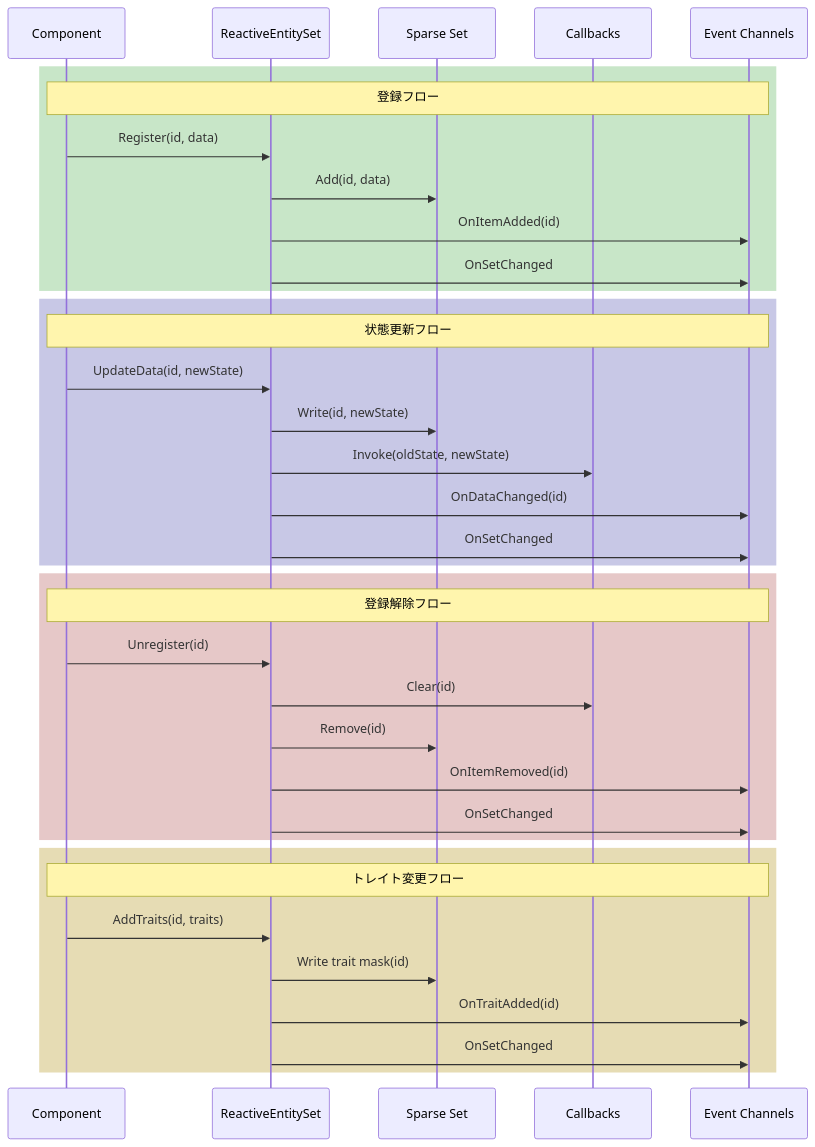
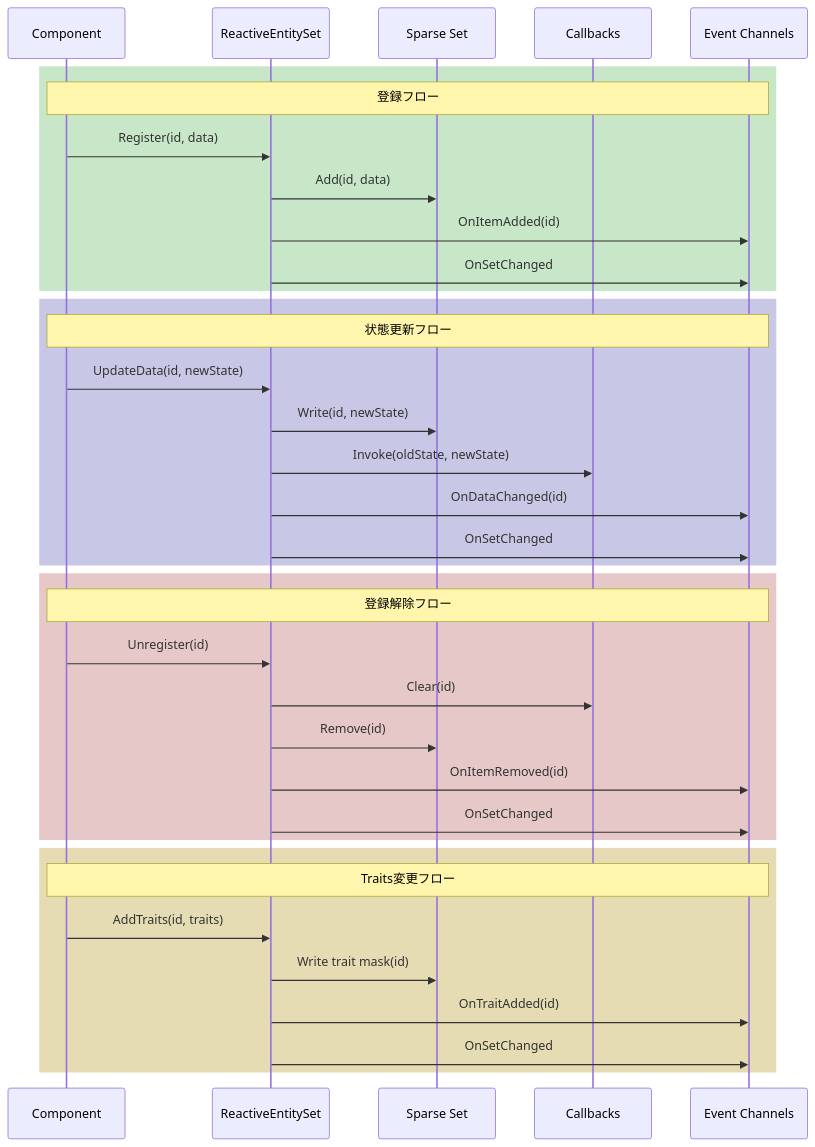
Before and after one commit to tang3cko/ReactiveSO-docs: the diagram in ja/guides/reactive-entity-sets/events.md, drawn with Mermaid. The commit also changed other lines of this file and 23 other files, not shown here.

````diff
--- a/ja/guides/reactive-entity-sets/events.md
+++ b/ja/guides/reactive-entity-sets/events.md
@@ -211,42 +211,42 @@
 ```mermaid
 sequenceDiagram
     participant C as Component
     participant RES as ReactiveEntitySet
     participant SS as Sparse Set
     participant CB as Callbacks
     participant EC as Event Channels
 
     rect rgb(200, 230, 200)
     Note over C,EC: 登録フロー
     C->>RES: Register(id, data)
     RES->>SS: Add(id, data)
     RES->>EC: OnItemAdded(id)
     RES->>EC: OnSetChanged
     end
 
     rect rgb(200, 200, 230)
     Note over C,EC: 状態更新フロー
     C->>RES: UpdateData(id, newState)
     RES->>SS: Write(id, newState)
     RES->>CB: Invoke(oldState, newState)
     RES->>EC: OnDataChanged(id)
     RES->>EC: OnSetChanged
     end
 
     rect rgb(230, 200, 200)
     Note over C,EC: 登録解除フロー
     C->>RES: Unregister(id)
     RES->>CB: Clear(id)
     RES->>SS: Remove(id)
     RES->>EC: OnItemRemoved(id)
     RES->>EC: OnSetChanged
     end
 
     rect rgb(230, 220, 180)
-    Note over C,EC: トレイト変更フロー
+    Note over C,EC: Traits変更フロー
     C->>RES: AddTraits(id, traits)
     RES->>SS: Write trait mask(id)
     RES->>EC: OnTraitAdded(id)
     RES->>EC: OnSetChanged
     end
 ```
````
